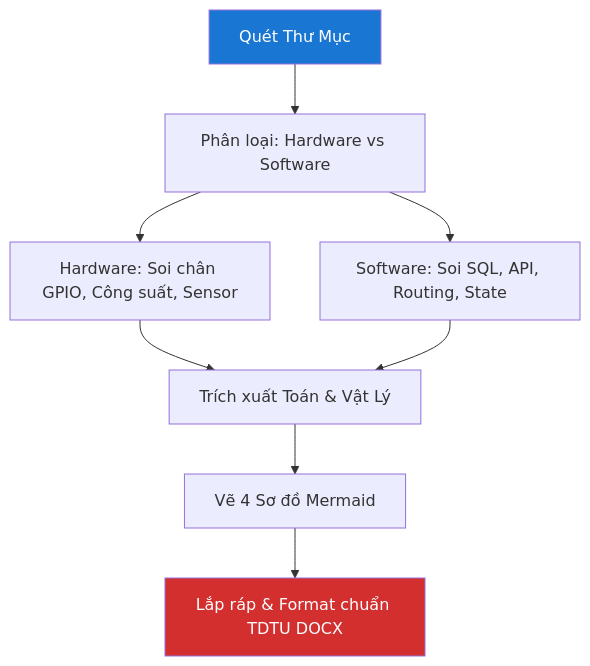
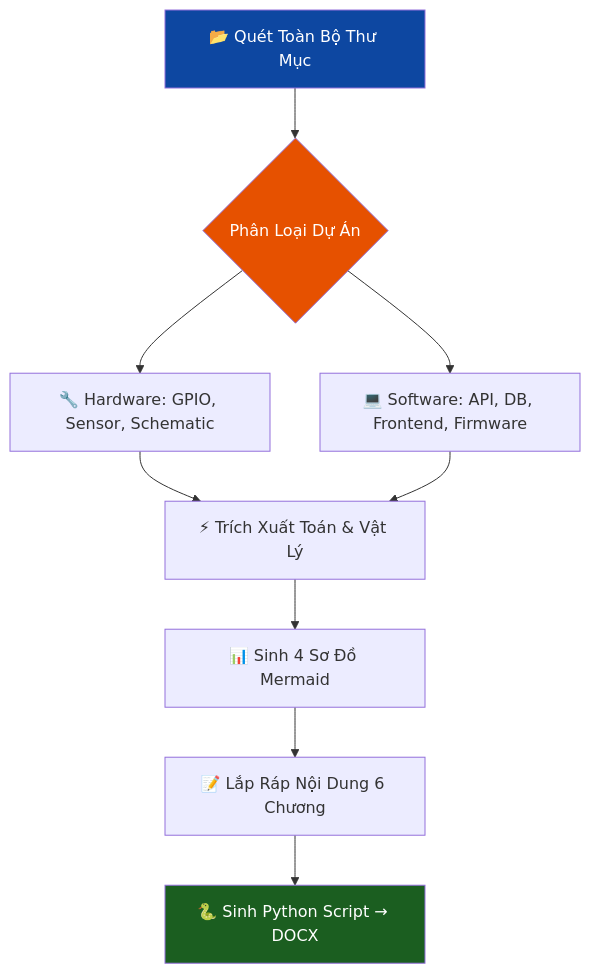
One commit to newbie1920/premium-ui-design-skill changed the diagram in .gemini/skills/skill_nghien_cuu_bao_cao.md. Above: the diagram before and after it, drawn with Mermaid. The commit also changed other lines of this file, not shown here.

````diff
--- a/.gemini/skills/skill_nghien_cuu_bao_cao.md
+++ b/.gemini/skills/skill_nghien_cuu_bao_cao.md
@@ -34,13 +108,15 @@
 ```mermaid
 flowchart TD
-    A[Quét Thư Mục] --> B[Phân loại: Hardware vs Software]
-    B --> C[Hardware: Soi chân GPIO, Công suất, Sensor]
-    B --> D[Software: Soi SQL, API, Routing, State]
-    C --> E[Trích xuất Toán & Vật Lý]
+    A[📂 Quét Toàn Bộ Thư Mục] --> B{Phân Loại Dự Án}
+    B --> C[🔧 Hardware: GPIO, Sensor, Schematic]
+    B --> D[💻 Software: API, DB, Frontend, Firmware]
+    C --> E[⚡ Trích Xuất Toán & Vật Lý]
     D --> E
-    E --> F[Vẽ 4 Sơ đồ Mermaid]
-    F --> G[Lắp ráp & Format chuẩn TDTU DOCX]
+    E --> F[📊 Sinh 4 Sơ Đồ Mermaid]
+    F --> G[📝 Lắp Ráp Nội Dung 6 Chương]
+    G --> H[🐍 Sinh Python Script → DOCX]
     
-    style G fill:#d32f2f,color:#fff
-    style A fill:#1976d2,color:#fff
+    style H fill:#1b5e20,color:#fff
+    style A fill:#0d47a1,color:#fff
+    style B fill:#e65100,color:#fff
 ```
````
